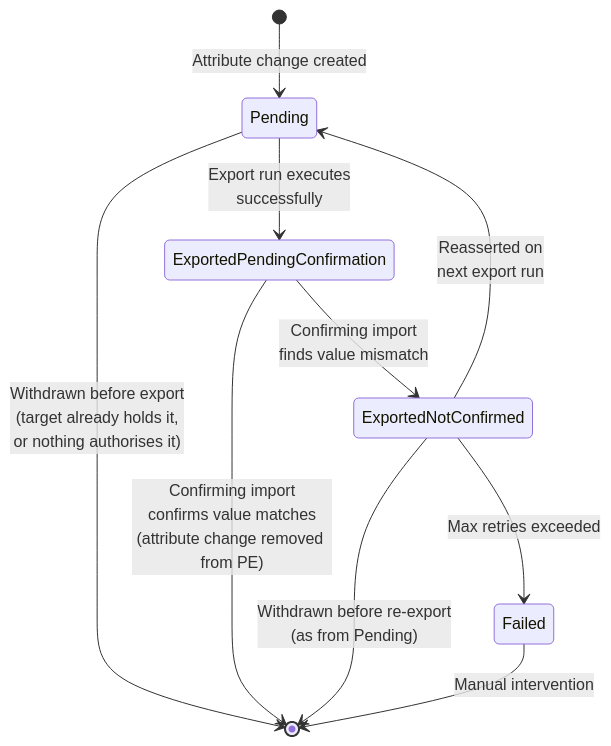
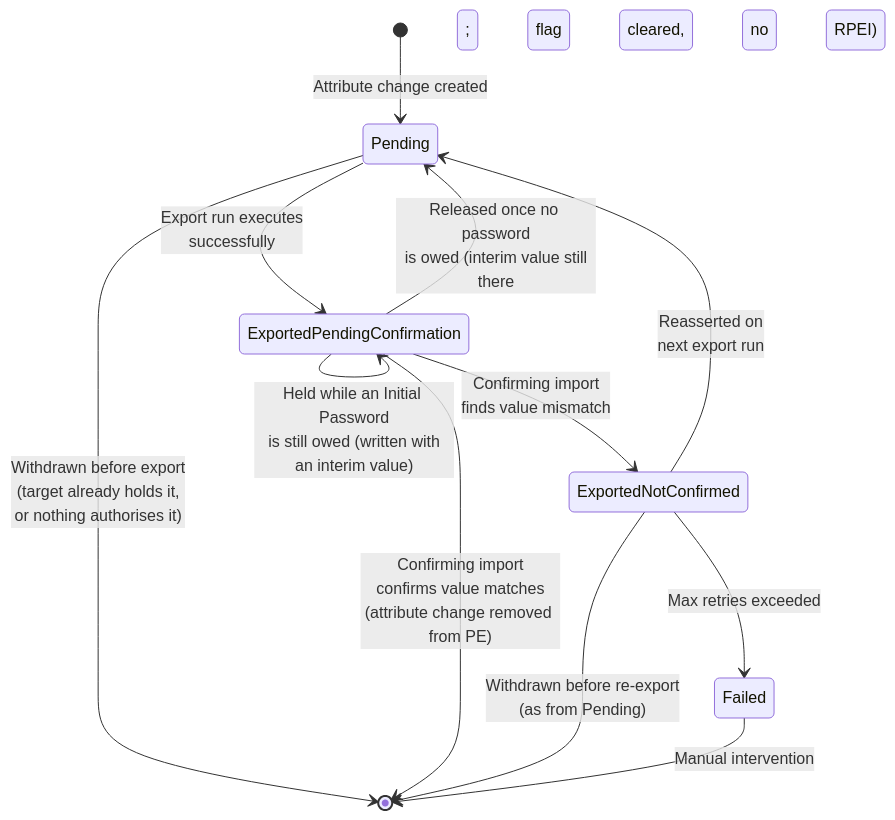
One commit to TetronIO/JIM changed the third of 5 diagrams in docs/developer/diagrams/PENDING_EXPORT_LIFECYCLE.md. Above: the diagram before and after it, drawn with Mermaid. The commit also changed other lines of this file and 10 other files, not shown here.

````diff
--- a/docs/developer/diagrams/PENDING_EXPORT_LIFECYCLE.md
+++ b/docs/developer/diagrams/PENDING_EXPORT_LIFECYCLE.md
@@ -142,20 +142,24 @@
 ```mermaid
 stateDiagram-v2
     [*] --> Pending: Attribute change created
 
     Pending --> [*]: Withdrawn before export<br/>(target already holds it,<br/>or nothing authorises it)
 
     Pending --> ExportedPendingConfirmation: Export run executes<br/>successfully
 
     ExportedPendingConfirmation --> [*]: Confirming import<br/>confirms value matches<br/>(attribute change removed from PE)
 
     ExportedPendingConfirmation --> ExportedNotConfirmed: Confirming import<br/>finds value mismatch
 
+    ExportedPendingConfirmation --> ExportedPendingConfirmation: Held while an Initial Password<br/>is still owed (written with<br/>an interim value)
+
+    ExportedPendingConfirmation --> Pending: Released once no password<br/>is owed (interim value still<br/>there; flag cleared, no RPEI)
+
     ExportedNotConfirmed --> Pending: Reasserted on<br/>next export run
 
     ExportedNotConfirmed --> Failed: Max retries exceeded
 
     ExportedNotConfirmed --> [*]: Withdrawn before re-export<br/>(as from Pending)
 
     Failed --> [*]: Manual intervention
 ```
````
